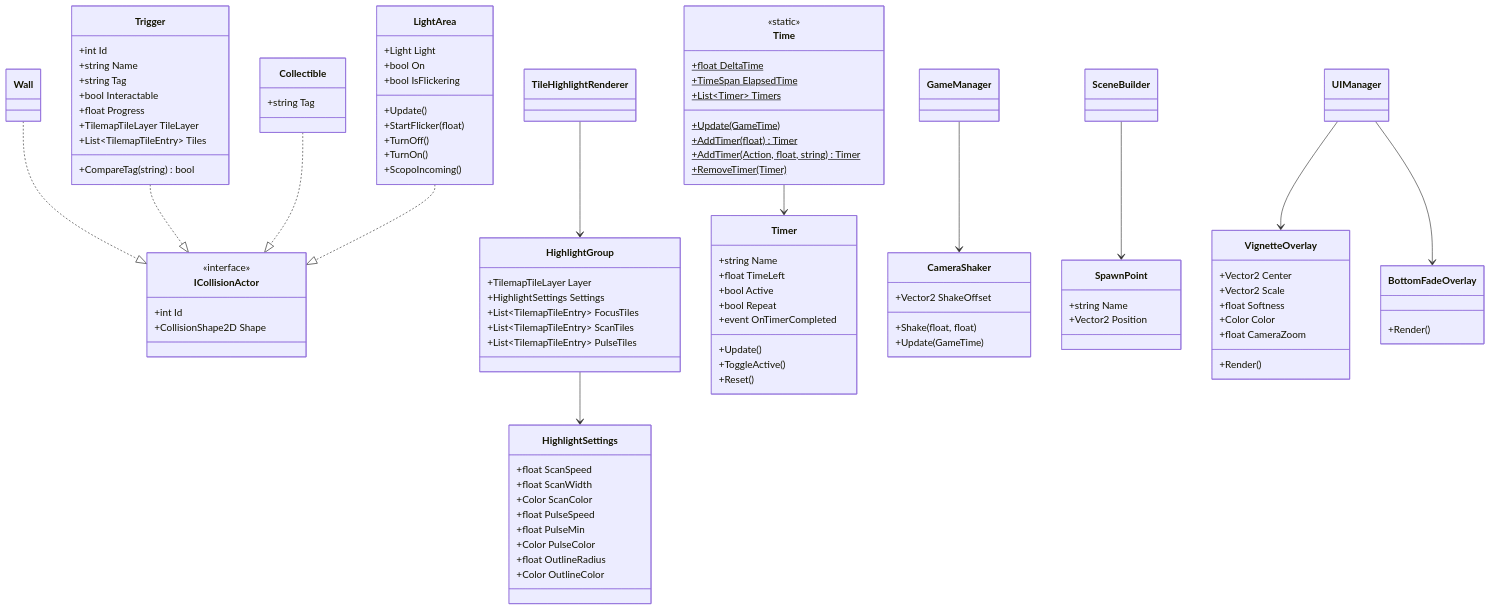
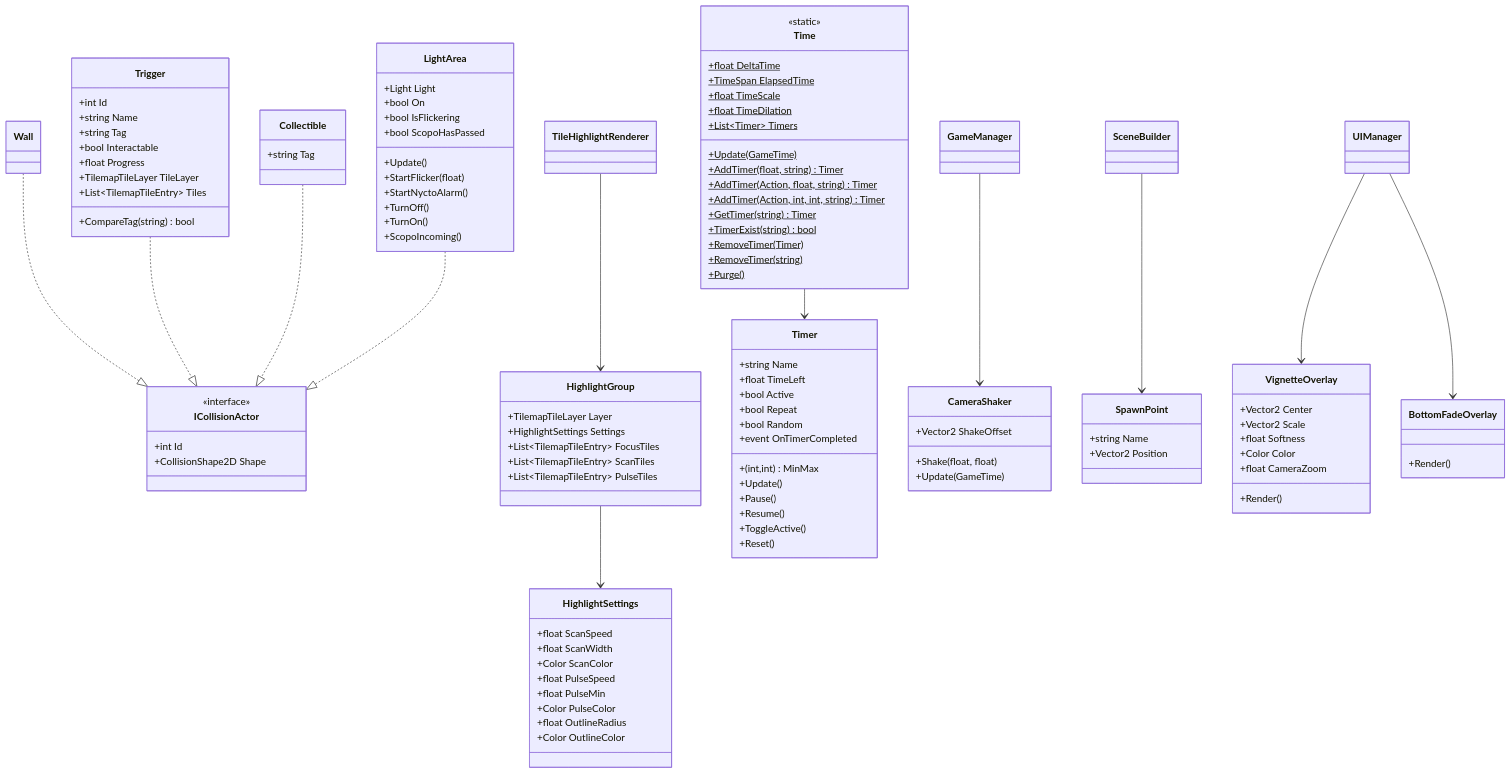
One commit to Sambopukkazz/DG225_CoreX changed the fourth of 6 diagrams in docs/03_Software/02-class-diagram.md. Above: the diagram before and after it, drawn with Mermaid. The commit also changed other lines of this file and 14 other files, not shown here.

```diff
--- a/docs/03_Software/02-class-diagram.md
+++ b/docs/03_Software/02-class-diagram.md
@@ -337,8 +458,10 @@
         +Light Light
         +bool On
         +bool IsFlickering
+        +bool ScopoHasPassed
         +Update()
         +StartFlicker(float)
+        +StartNyctoAlarm()
         +TurnOff()
         +TurnOn()
         +ScopoIncoming()
@@ -372,18 +495,29 @@
         <<static>>
         +float DeltaTime$
         +TimeSpan ElapsedTime$
+        +float TimeScale$
+        +float TimeDilation$
         +List~Timer~ Timers$
         +Update(GameTime)$
-        +AddTimer(float) Timer$
+        +AddTimer(float, string) Timer$
         +AddTimer(Action, float, string) Timer$
+        +AddTimer(Action, int, int, string) Timer$
+        +GetTimer(string) Timer$
+        +TimerExist(string) bool$
         +RemoveTimer(Timer)$
+        +RemoveTimer(string)$
+        +Purge()$
     }
     class Timer {
         +string Name
         +float TimeLeft
         +bool Active
         +bool Repeat
+        +bool Random
+        +(int,int) MinMax
         +Update()
+        +Pause()
+        +Resume()
         +ToggleActive()
         +Reset()
         +event OnTimerCompleted
```
